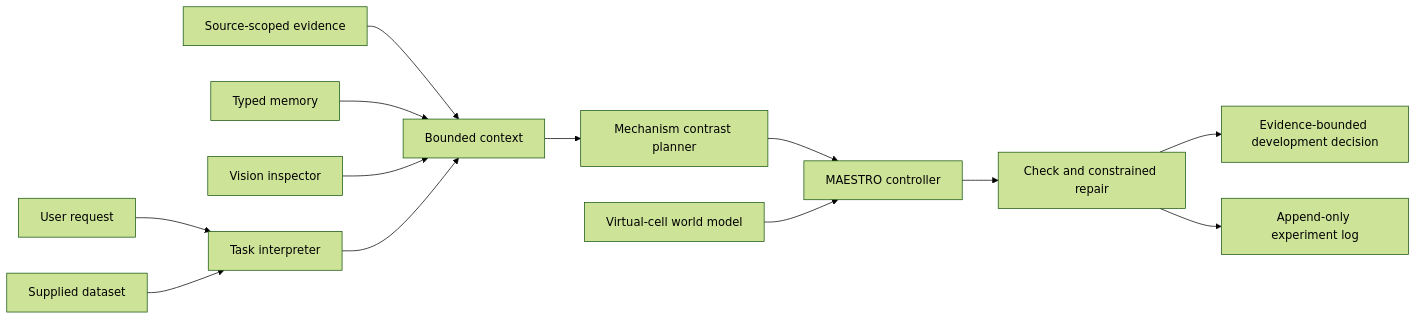
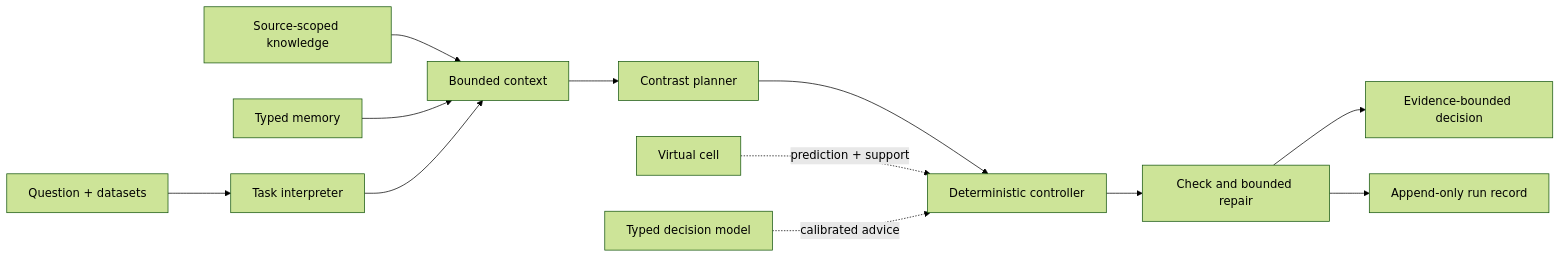
Before and after one commit to 1-Vast/LLM: the diagram in README.md, drawn with Mermaid (forest theme). The commit also changed other lines of this file and 23 other files, not shown here.

````diff
--- a/README.md
+++ b/README.md
@@ -22,15 +36,14 @@
 ```mermaid
 flowchart LR
-    U[User request] --> T[Task interpreter]
-    K[Source-scoped evidence] --> C[Bounded context]
+    U[Question + datasets] --> T[Task interpreter]
+    K[Source-scoped knowledge] --> C[Bounded context]
     M[Typed memory] --> C
-    I[Vision inspector] --> C
-    X[Supplied dataset] --> T
     T --> C
-    C --> P[Mechanism contrast planner]
-    P --> A[MAESTRO controller]
-    V[Virtual-cell world model] --> A
-    A --> R[Check and constrained repair]
-    R --> D[Evidence-bounded development decision]
-    R --> L[Append-only experiment log]
+    C --> P[Contrast planner]
+    P --> A[Deterministic controller]
+    V[Virtual cell] -. prediction + support .-> A
+    J[Typed decision model] -. calibrated advice .-> A
+    A --> R[Check and bounded repair]
+    R --> D[Evidence-bounded decision]
+    R --> L[Append-only run record]
 ```
````
